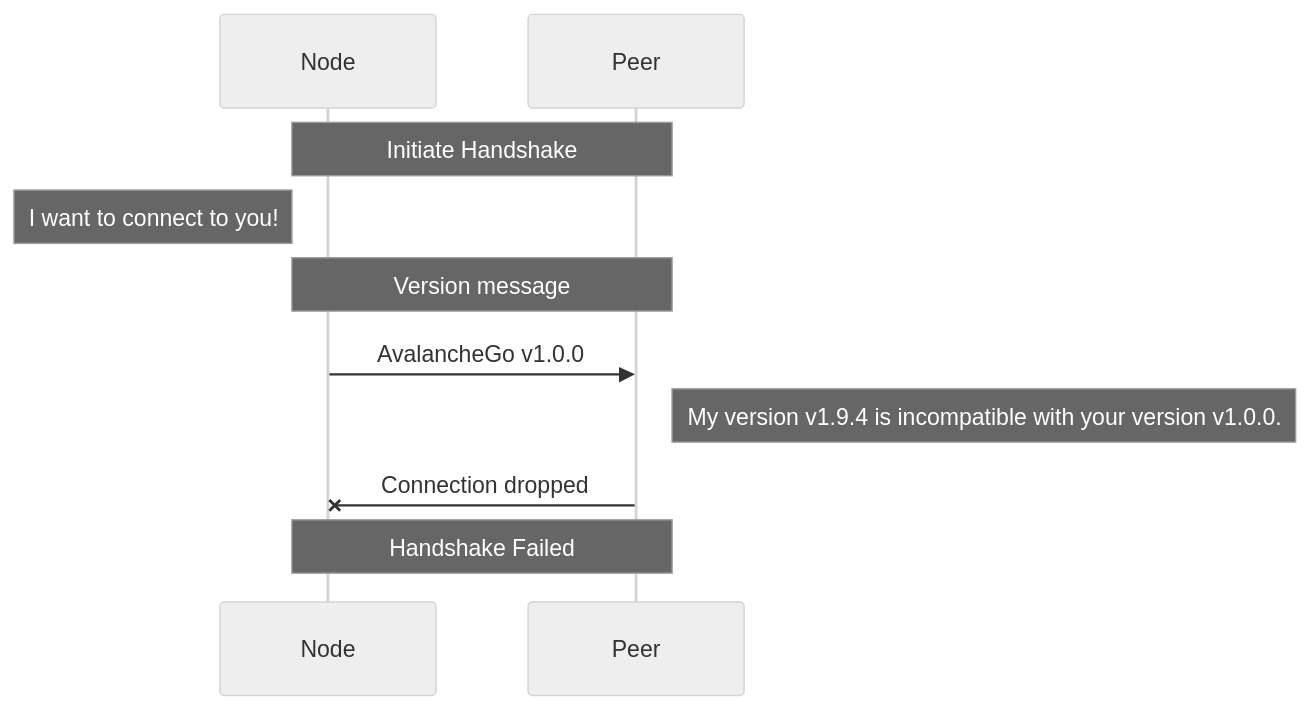
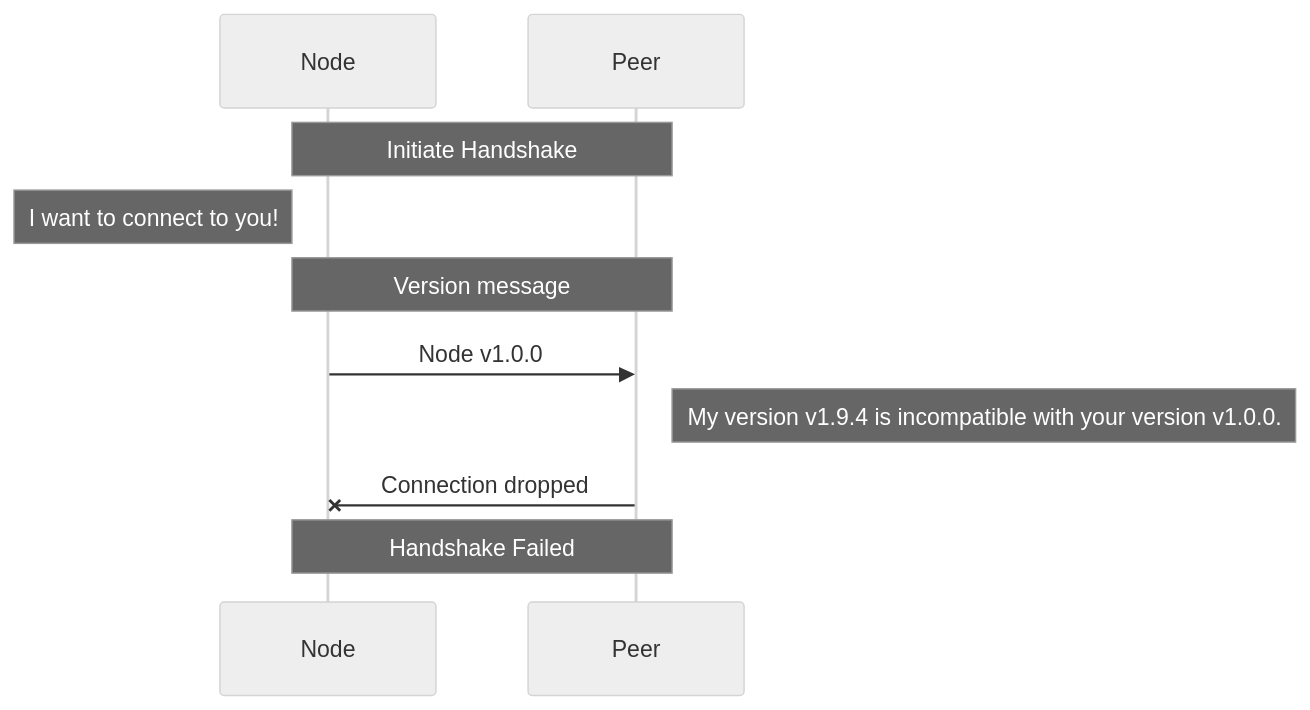
The second of 5 diagrams in network/README.md (luxfi/node), drawn with Mermaid (neutral theme) before and after one commit. The commit also changed other lines of this file and 31 other files, not shown here.

````diff
--- a/network/README.md
+++ b/network/README.md
@@ -59,10 +59,10 @@
 ```mermaid
 sequenceDiagram
 Note over Node,Peer: Initiate Handshake
 Note left of Node: I want to connect to you!
 Note over Node,Peer: Version message
-Node->>Peer: AvalancheGo v1.0.0
+Node->>Peer: Node v1.0.0
 Note right of Peer: My version v1.9.4 is incompatible with your version v1.0.0.
 Peer-xNode: Connection dropped
 Note over Node,Peer: Handshake Failed
 ```
````
